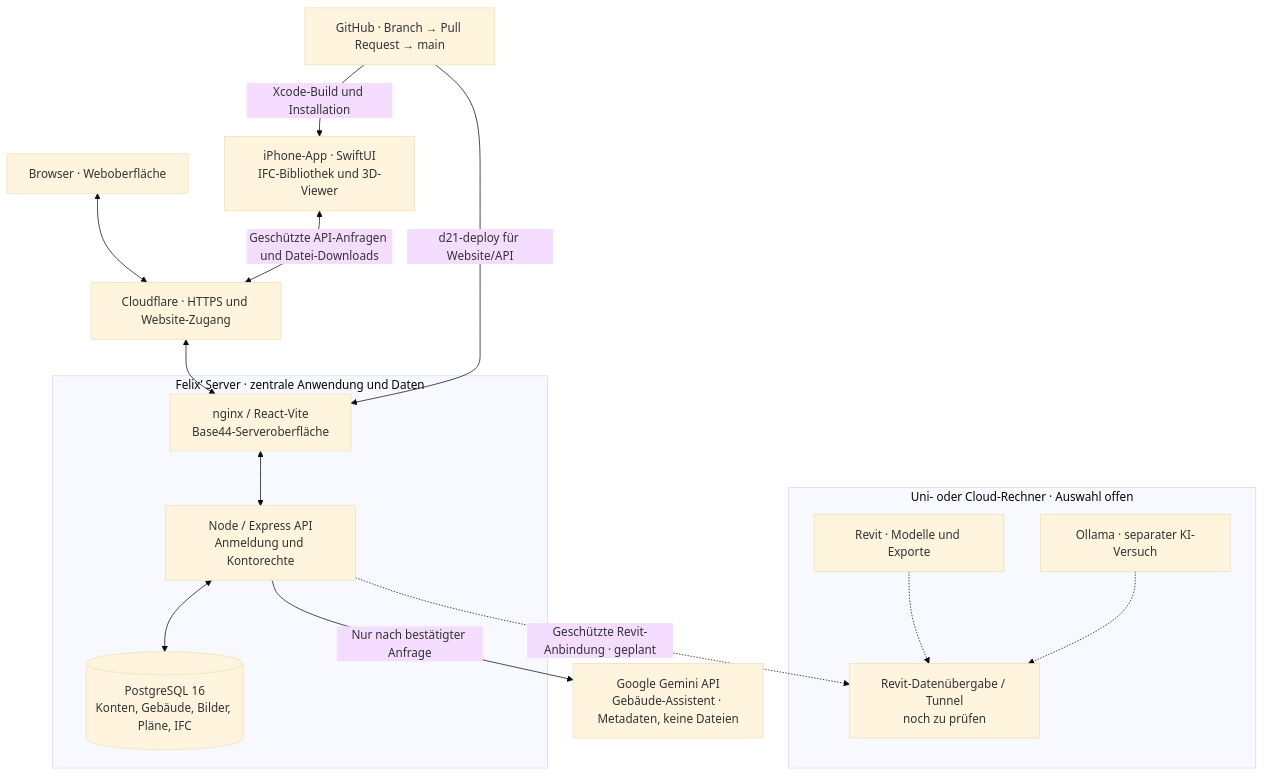
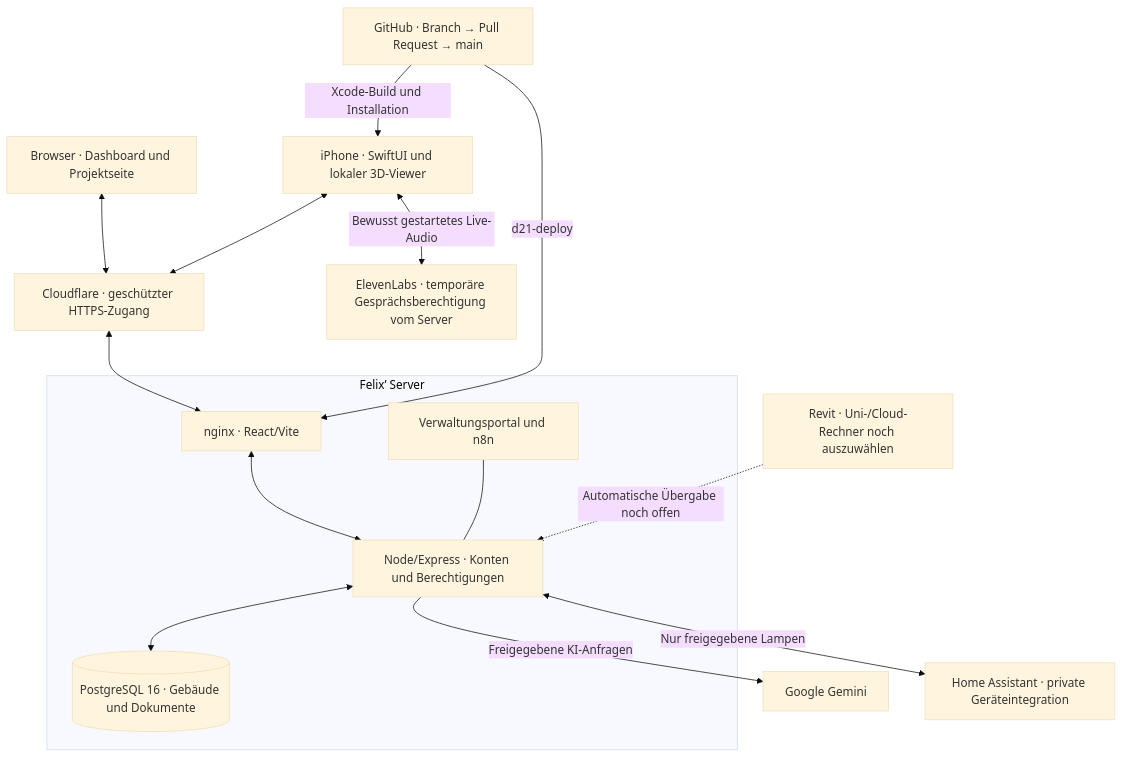
Before and after one commit to felixdoering05-prog/GST_Teamprojekt_Team_1: the diagram in README.md, drawn with Mermaid (base theme). The commit also changed other lines of this file and 4 other files, not shown here.

````diff
--- a/README.md
+++ b/README.md
@@ -145,29 +78,26 @@
 ```mermaid
 flowchart TB
-    browser["Browser · Weboberfläche"]
-    iphone["iPhone-App · SwiftUI<br/>IFC-Bibliothek und 3D-Viewer"]
-    cloud["Cloudflare · HTTPS und Website-Zugang"]
-    subgraph server["Felix’ Server · zentrale Anwendung und Daten"]
-        web["nginx / React-Vite<br/>Base44-Serveroberfläche"]
-        api["Node / Express API<br/>Anmeldung und Kontorechte"]
-        db[("PostgreSQL 16<br/>Konten, Gebäude, Bilder, Pläne, IFC")]
+    browser["Browser · Dashboard und Projektseite"]
+    iphone["iPhone · SwiftUI und lokaler 3D-Viewer"]
+    cloud["Cloudflare · geschützter HTTPS-Zugang"]
+    subgraph server["Felix’ Server"]
+        web["nginx · React/Vite"]
+        api["Node/Express · Konten und Berechtigungen"]
+        db[("PostgreSQL 16 · Gebäude und Dokumente")]
+        monitor["Verwaltungsportal und n8n"]
         web <--> api
         api <--> db
+        monitor --- api
     end
     browser <--> cloud
-    iphone <-->|"Geschützte API-Anfragen und Datei-Downloads"| cloud
+    iphone <--> cloud
     cloud <--> web
-    subgraph pc["Uni- oder Cloud-Rechner · Auswahl offen"]
-        bridge["Revit-Datenübergabe / Tunnel<br/>noch zu prüfen"]
-        revit["Revit · Modelle und Exporte"]
-        ollama["Ollama · separater KI-Versuch"]
-        revit -.-> bridge
-        ollama -.-> bridge
-    end
-    api -.->|"Geschützte Revit-Anbindung · geplant"| bridge
-    gemini["Google Gemini API<br/>Gebäude-Assistent · Metadaten, keine Dateien"]
-    api -->|"Nur nach bestätigter Anfrage"| gemini
+    api -->|"Freigegebene KI-Anfragen"| gemini["Google Gemini"]
+    iphone <-->|"Bewusst gestartetes Live-Audio"| voice["ElevenLabs · temporäre Gesprächsberechtigung vom Server"]
+    api <-->|"Nur freigegebene Lampen"| ha["Home Assistant · private Geräteintegration"]
+    revit["Revit · Uni-/Cloud-Rechner noch auszuwählen"]
+    revit -.->|"Automatische Übergabe noch offen"| api
     github["GitHub · Branch → Pull Request → main"]
-    github -->|"d21-deploy für Website/API"| web
+    github -->|"d21-deploy"| web
     github -->|"Xcode-Build und Installation"| iphone
 ```
````
